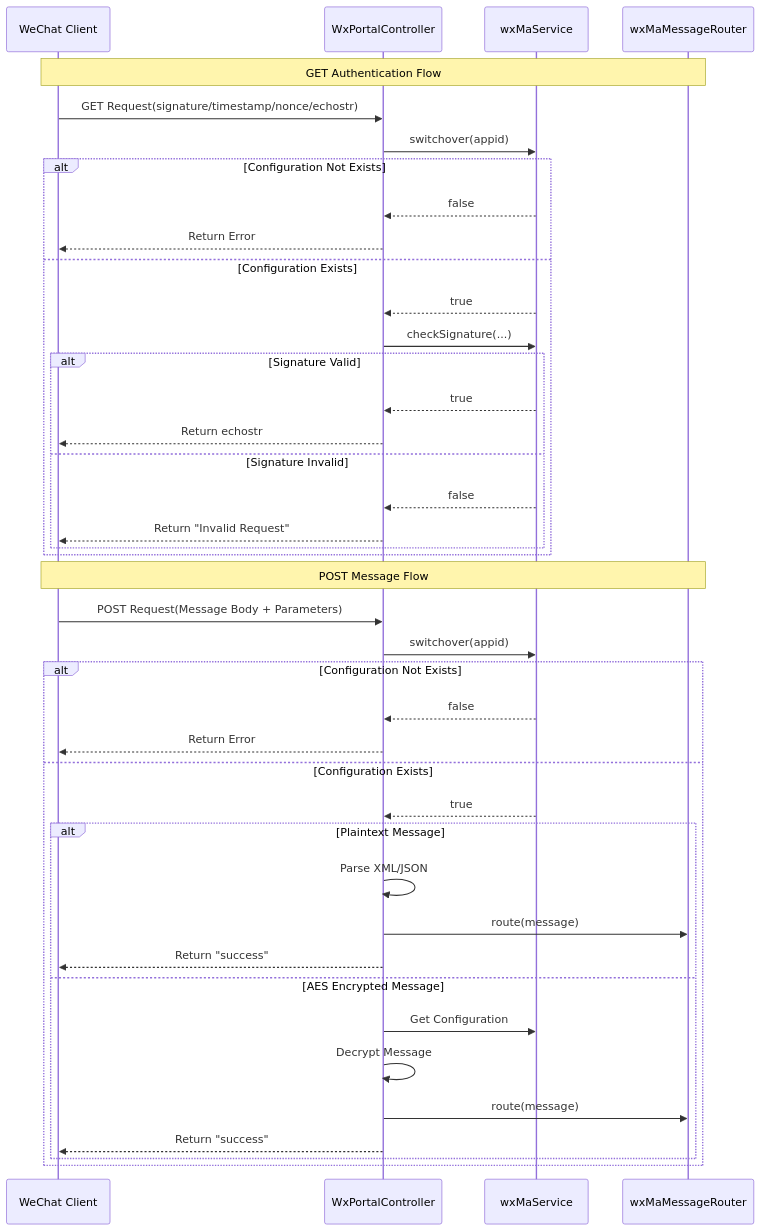
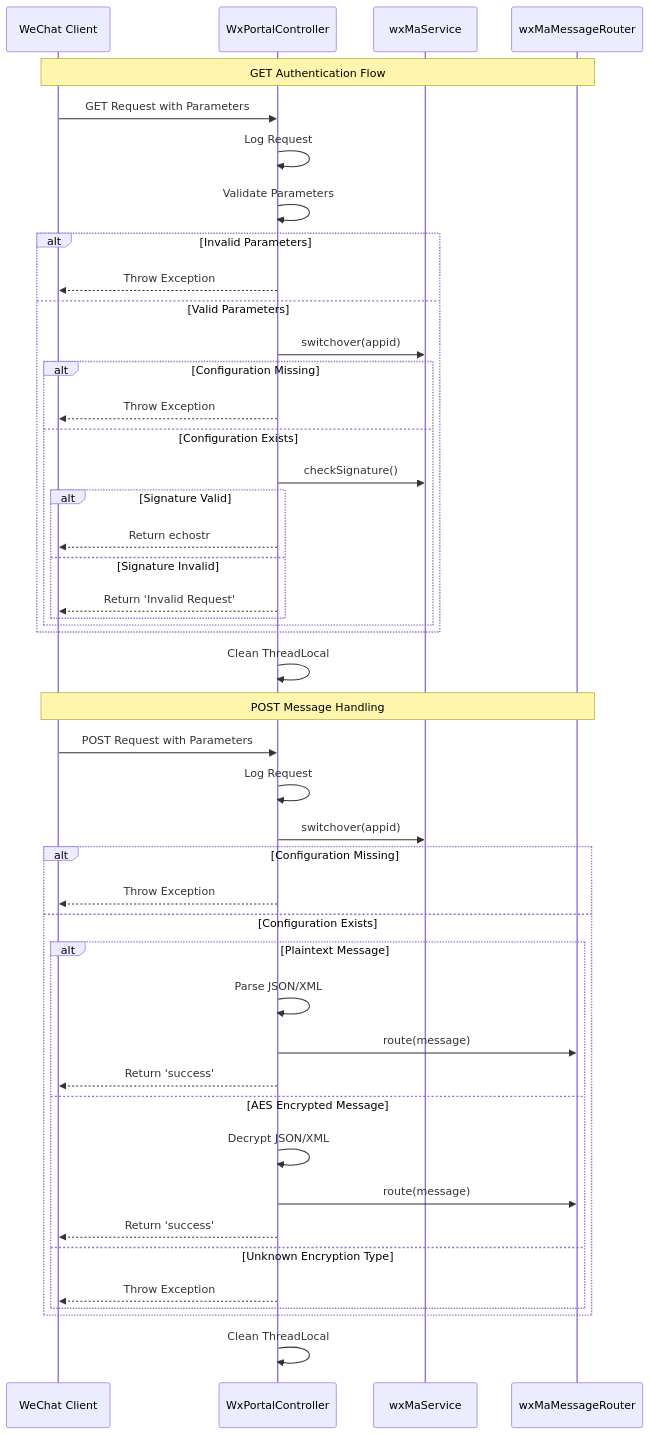
The third of 3 diagrams in docs/en/docs/src/main/java/com/github/binarywang/demo/wx/miniapp/controller/WxPortalController.md (v-wjrong/rongwj666_weixin-java-miniapp-demo), drawn with Mermaid before and after one commit. The commit also changed other lines of this file and 46 other files, not shown here.

````diff
--- a/docs/en/docs/src/main/java/com/github/binarywang/demo/wx/miniapp/controller/WxPortalController.md
+++ b/docs/en/docs/src/main/java/com/github/binarywang/demo/wx/miniapp/controller/WxPortalController.md
@@ -128,45 +131,49 @@
 ```mermaid
 sequenceDiagram
     participant Client as WeChat Client
     participant Controller as WxPortalController
     participant Service as wxMaService
     participant Router as wxMaMessageRouter
 
     Note over Client,Router: GET Authentication Flow
-    Client->>Controller: GET Request(signature/timestamp/nonce/echostr)
-    Controller->>Service: switchover(appid)
-    alt Configuration Not Exists
-        Service-->>Controller: false
-        Controller-->>Client: Return Error
-    else Configuration Exists
-        Service-->>Controller: true
-        Controller->>Service: checkSignature(...)
-        alt Signature Valid
-            Service-->>Controller: true
-            Controller-->>Client: Return echostr
-        else Signature Invalid
-            Service-->>Controller: false
-            Controller-->>Client: Return "Invalid Request"
+    Client->>Controller: GET Request with Parameters
+    Controller->>Controller: Log Request
+    Controller->>Controller: Validate Parameters
+    alt Invalid Parameters
+        Controller-->>Client: Throw Exception
+    else Valid Parameters
+        Controller->>Service: switchover(appid)
+        alt Configuration Missing
+            Controller-->>Client: Throw Exception
+        else Configuration Exists
+            Controller->>Service: checkSignature()
+            alt Signature Valid
+                Controller-->>Client: Return echostr
+            else Signature Invalid
+                Controller-->>Client: Return 'Invalid Request'
+            end
         end
     end
+    Controller->>Controller: Clean ThreadLocal
 
-    Note over Client,Router: POST Message Flow
-    Client->>Controller: POST Request(Message Body + Parameters)
+    Note over Client,Router: POST Message Handling
+    Client->>Controller: POST Request with Parameters
+    Controller->>Controller: Log Request
     Controller->>Service: switchover(appid)
-    alt Configuration Not Exists
-        Service-->>Controller: false
-        Controller-->>Client: Return Error
+    alt Configuration Missing
+        Controller-->>Client: Throw Exception
     else Configuration Exists
-        Service-->>Controller: true
         alt Plaintext Message
-            Controller->>Controller: Parse XML/JSON
+            Controller->>Controller: Parse JSON/XML
             Controller->>Router: route(message)
-            Controller-->>Client: Return "success"
+            Controller-->>Client: Return 'success'
         else AES Encrypted Message
-            Controller->>Service: Get Configuration
-            Controller->>Controller: Decrypt Message
+            Controller->>Controller: Decrypt JSON/XML
             Controller->>Router: route(message)
-            Controller-->>Client: Return "success"
+            Controller-->>Client: Return 'success'
+        else Unknown Encryption Type
+            Controller-->>Client: Throw Exception
         end
     end
+    Controller->>Controller: Clean ThreadLocal
 ```
````
